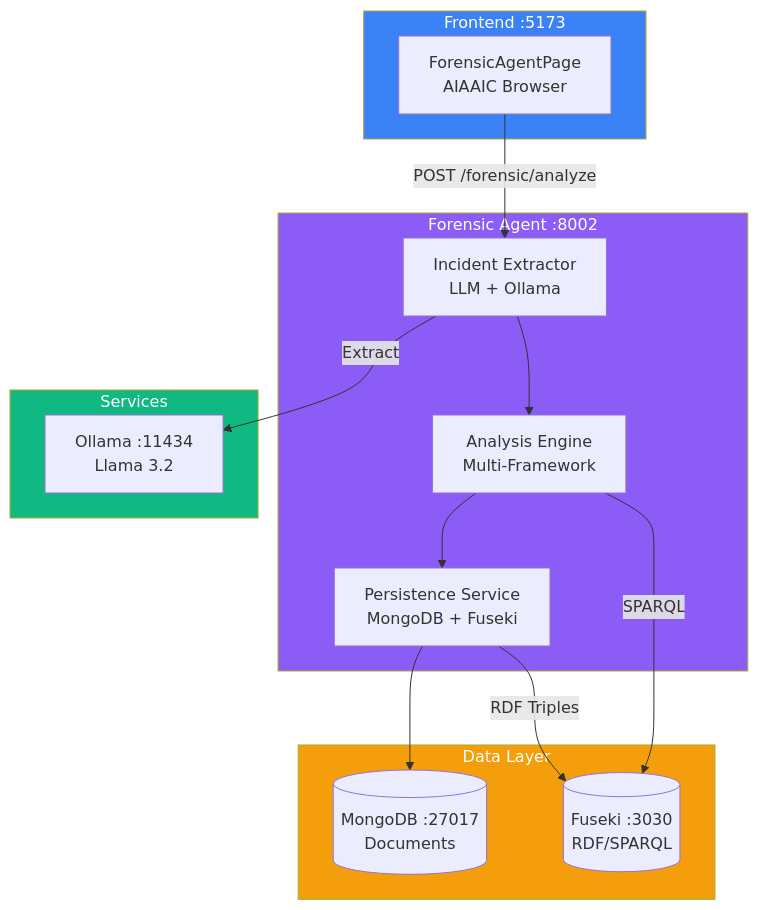
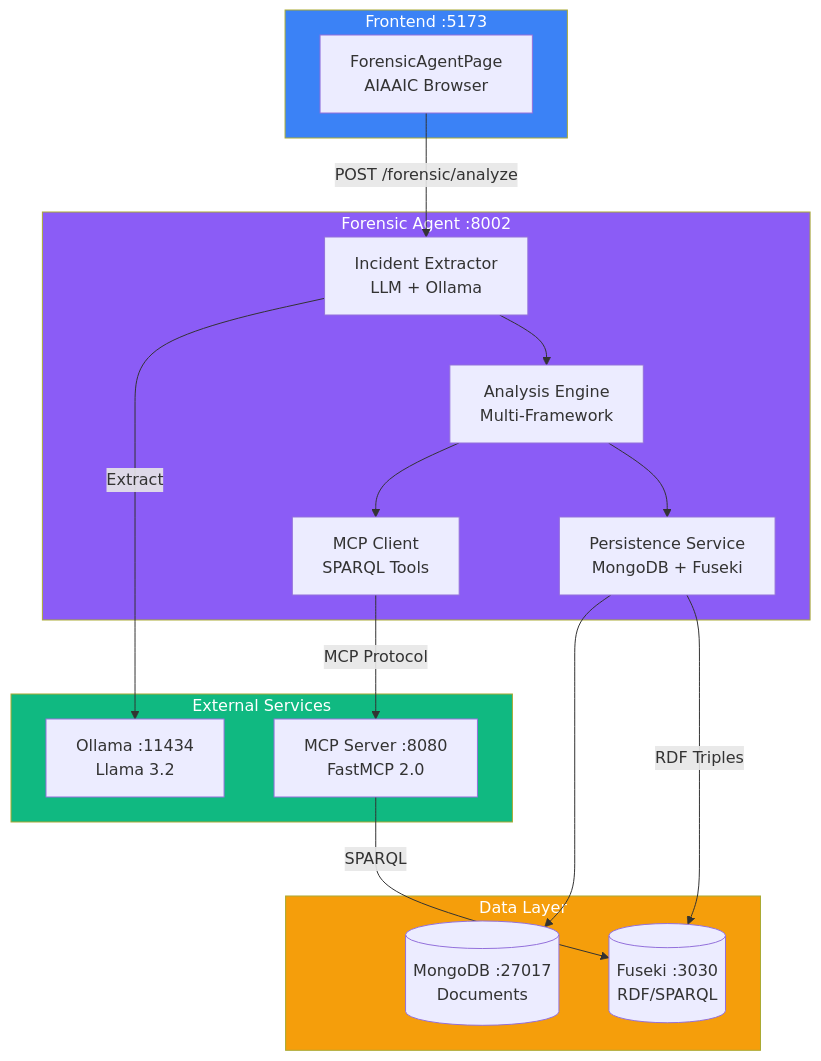
One commit to cartesiosson/ai_act_project changed the first of 5 diagrams in forensic_agent/README.md. Above: the diagram before and after it, drawn with Mermaid. The commit also changed other lines of this file, not shown here.

````diff
--- a/forensic_agent/README.md
+++ b/forensic_agent/README.md
@@ -49,34 +49,38 @@
 ```mermaid
 flowchart TB
     subgraph Frontend["Frontend :5173"]
         FA[ForensicAgentPage<br/>AIAAIC Browser]
     end
 
     subgraph Agent["Forensic Agent :8002"]
         IE[Incident Extractor<br/>LLM + Ollama]
         AE[Analysis Engine<br/>Multi-Framework]
+        MC[MCP Client<br/>SPARQL Tools]
         PS[Persistence Service<br/>MongoDB + Fuseki]
     end
 
     subgraph Data["Data Layer"]
         MG[(MongoDB :27017<br/>Documents)]
         FK[(Fuseki :3030<br/>RDF/SPARQL)]
     end
 
-    subgraph Services["Services"]
+    subgraph Services["External Services"]
         OL[Ollama :11434<br/>Llama 3.2]
+        MCP[MCP Server :8080<br/>FastMCP 2.0]
     end
 
     FA -->|POST /forensic/analyze| IE
     IE -->|Extract| OL
     IE --> AE
-    AE -->|SPARQL| FK
+    AE --> MC
+    MC -->|MCP Protocol| MCP
+    MCP -->|SPARQL| FK
     AE --> PS
     PS --> MG
     PS -->|RDF Triples| FK
 
     style Frontend fill:#3b82f6,color:#fff
     style Agent fill:#8b5cf6,color:#fff
     style Data fill:#f59e0b,color:#fff
     style Services fill:#10b981,color:#fff
 ```
````
